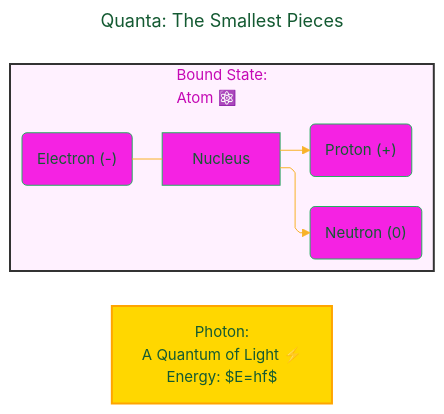
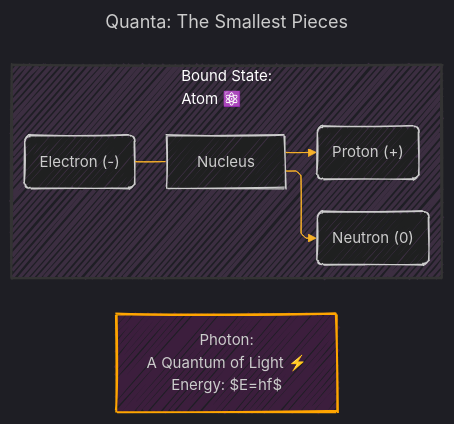
The second of 7 diagrams in Quantum_Mechanics/Quantum_Mechanics.md (CongLeSolutionX/Harmonic_Atomica), drawn with Mermaid before and after one commit.

````diff
--- a/Quantum_Mechanics/Quantum_Mechanics.md
+++ b/Quantum_Mechanics/Quantum_Mechanics.md
@@ -140,52 +140,53 @@
 ```mermaid
 ---
 title: "Quanta: The Smallest Pieces"
 author: "Cong Le"
 version: "1.0"
 license(s): "MIT, CC BY-SA 4.0"
 copyright: "Copyright (c) 2025 Cong Le. All Rights Reserved."
 config:
   layout: elk
-  theme: base
+  look: handDrawn
+  theme: dark
 ---
 %%%%%%%% Mermaid version v11.4.1-b.14
 %%%%%%%% Available curve styles include the following keywords:
 %% basis, bumpX, bumpY, cardinal, catmullRom, linear, monotoneX, monotoneY, natural, step, stepAfter, stepBefore.
 %%{
   init: {
     'securityLevel': 'loose',
     'flowchart': { 'htmlLabels': true, 'curve': 'linear' },
     'fontFamily': 'Comic Sans MS, cursive, sans-serif',
     'themeVariables': {
       'primaryColor': '#F522E3',
       'primaryTextColor': '#145A32',
       'lineColor': '#F8B229',
       'primaryBorderColor': '#27AE60',
       'secondaryColor': '#EBDEF0',
       'secondaryTextColor': '#6C3483',
       'secondaryBorderColor': '#A569BD',
       'fontSize': '15px'
     }
   }
 }%%
 flowchart LR
 
 subgraph Atom["Bound State:<br/>Atom ⚛️"]
-
+style Atom fill:#F2F2,stroke:#333,stroke-width:1px, color: #FFFF
 direction LR
 
 Nucleus --> Proton(" Proton (+) ")
 
 Nucleus --> Neutron(" Neutron (0) ")
 
 Electron(" Electron (-) ") --- Nucleus
 
 end
 
 style Atom fill:#f9f2,stroke:#333,stroke-width:2px
 
 Photon["Photon:<br/>A Quantum of Light ⚡ <br/> Energy: $E=hf$"]
 
-style Photon fill:#FFD700,stroke:#FFA500,stroke-width:2px
+style Photon fill:#F2D2,stroke:#FFA500,stroke-width:2px
 
 ```
````
